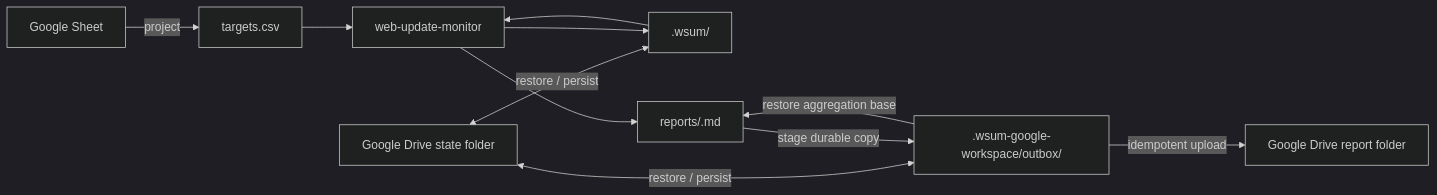
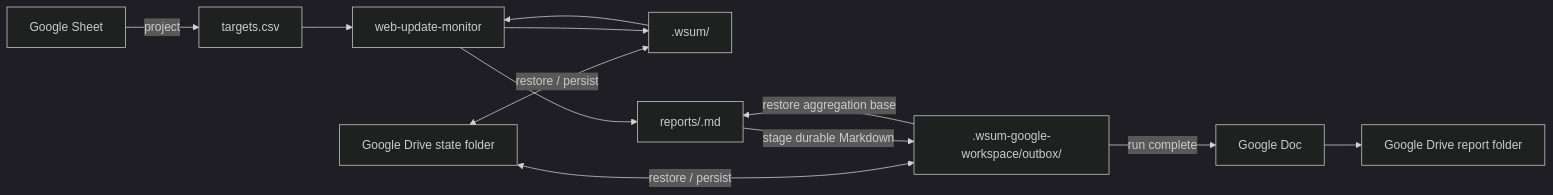
The diagram in skills/web-update-monitor-google-workspace/SKILL.md (dceoy/wsum), drawn with Mermaid (dark theme) before and after one commit. The commit also changed other lines of this file, not shown here.

Commit message:
Publish completed GWS reports as Google Docs

````diff
--- a/skills/web-update-monitor-google-workspace/SKILL.md
+++ b/skills/web-update-monitor-google-workspace/SKILL.md
@@ -16,13 +16,14 @@
 ```mermaid
 flowchart LR
     GS["Google Sheet"] -->|project| CSV["targets.csv"]
     DS["Google Drive state folder"] <-->|restore / persist| STATE[".wsum/"]
     DS <-->|restore / persist| OUT[".wsum-google-workspace/outbox/"]
     CSV --> CORE["web-update-monitor"]
     STATE --> CORE
     CORE --> STATE
     CORE --> REPORT["reports/<run-id>.md"]
     OUT -->|restore aggregation base| REPORT
-    REPORT -->|stage durable copy| OUT
-    OUT -->|idempotent upload| DR["Google Drive report folder"]
+    REPORT -->|stage durable Markdown| OUT
+    OUT -->|run complete| GDOC["Google Doc"]
+    GDOC --> DR["Google Drive report folder"]
 ```
````
